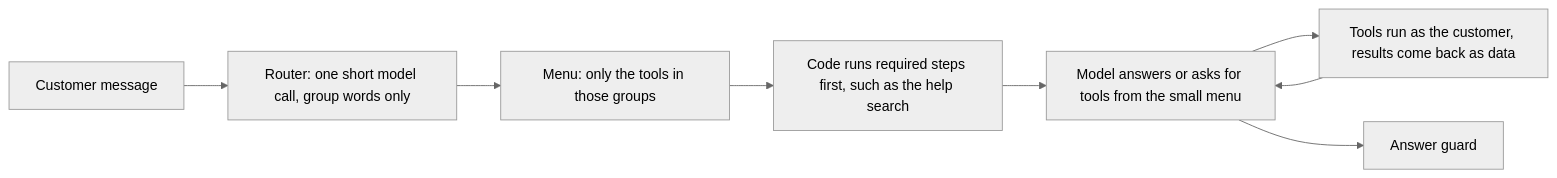
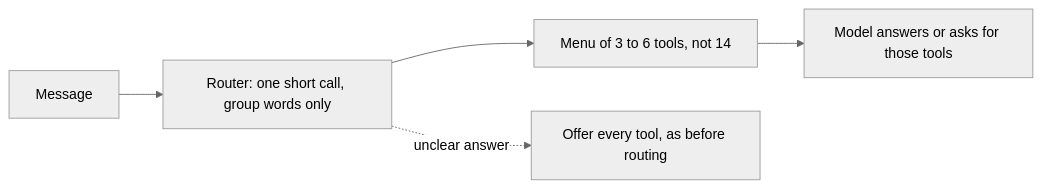
Before and after one commit to renup/Brokerage_Ledger_AI_Assitant: the fourth of 8 diagrams in README.md, drawn with Mermaid (neutral theme). The commit also changed other lines of this file, not shown here.

````diff
--- a/README.md
+++ b/README.md
@@ -196,10 +190,7 @@
 ```mermaid
 flowchart LR
-  M["Customer message"] --> R["Router: one short model call, group words only"]
-  R --> MENU["Menu: only the tools in those groups"]
-  MENU --> F["Code runs required steps first, such as the help search"]
-  F --> A["Model answers or asks for tools from the small menu"]
-  A --> T["Tools run as the customer, results come back as data"]
-  T --> A
-  A --> G["Answer guard"]
+  M["Message"] --> R["Router: one short call, group words only"]
+  R --> MENU["Menu of 3 to 6 tools, not 14"]
+  MENU --> A["Model answers or asks for those tools"]
+  R -.->|"unclear answer"| ALL["Offer every tool, as before routing"]
 ```
````
